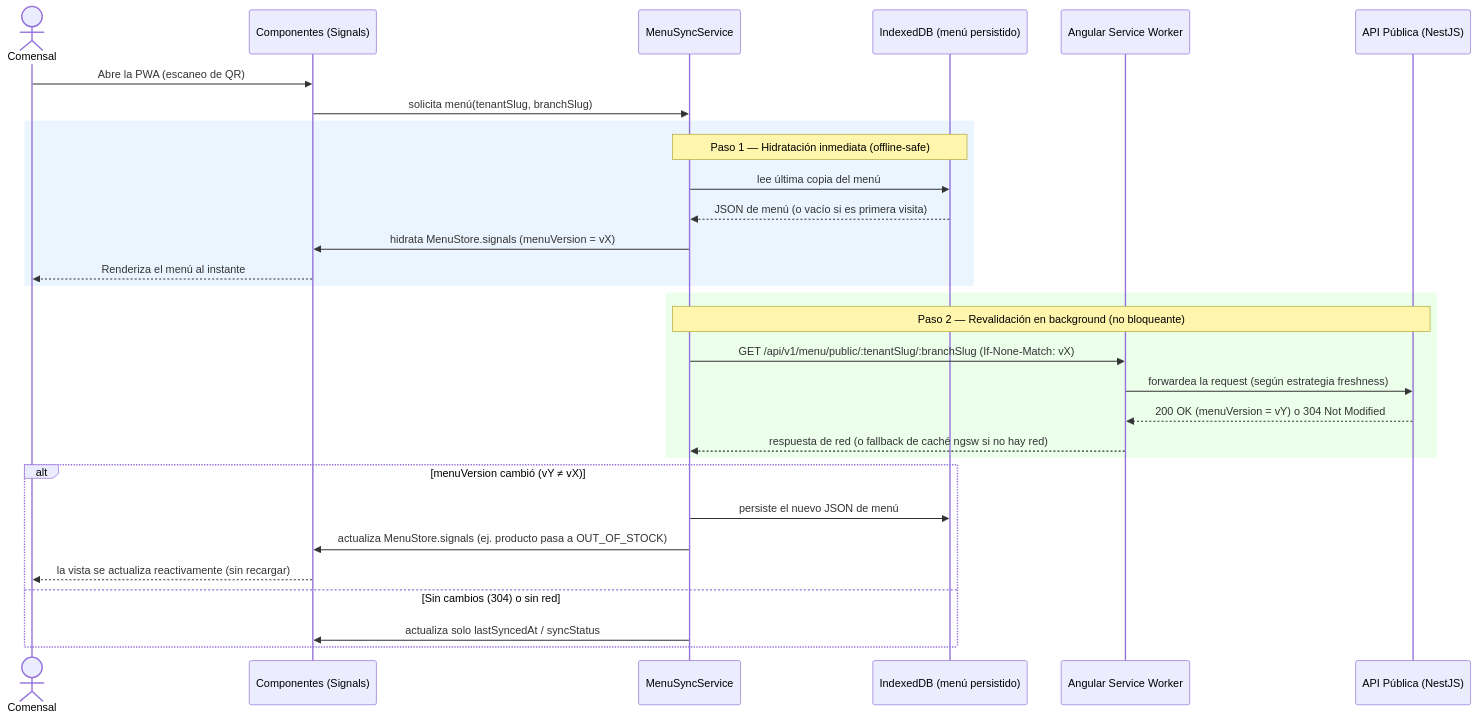
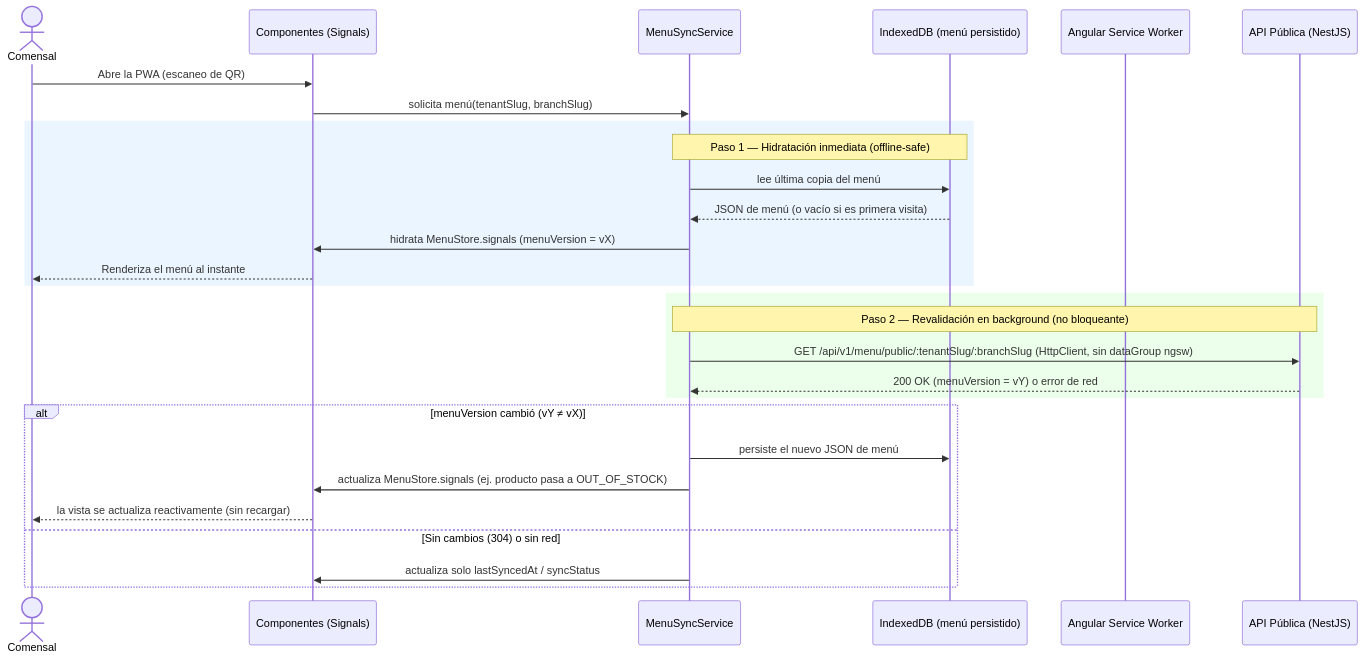
Before and after one commit to GastonGuinazu/ProyectoCarta: the second of 3 diagrams in docs/frontend-architecture.md, drawn with Mermaid. The commit also changed other lines of this file and 48 other files, not shown here.

First line of the commit message:
Ship serving windows, JFIF uploads, and public-menu hardening so the production carta can be redeployed.

````diff
--- a/docs/frontend-architecture.md
+++ b/docs/frontend-architecture.md
@@ -163,36 +163,34 @@
 ```mermaid
 sequenceDiagram
     actor Comensal
     participant UI as Componentes (Signals)
     participant Sync as MenuSyncService
     participant IDB as IndexedDB (menú persistido)
     participant SW as Angular Service Worker
     participant API as API Pública (NestJS)
 
     Comensal->>UI: Abre la PWA (escaneo de QR)
     UI->>Sync: solicita menú(tenantSlug, branchSlug)
 
     rect rgb(235, 245, 255)
     note over Sync,IDB: Paso 1 — Hidratación inmediata (offline-safe)
     Sync->>IDB: lee última copia del menú
     IDB-->>Sync: JSON de menú (o vacío si es primera visita)
     Sync->>UI: hidrata MenuStore.signals (menuVersion = vX)
     UI-->>Comensal: Renderiza el menú al instante
     end
 
     rect rgb(235, 255, 235)
     note over Sync,API: Paso 2 — Revalidación en background (no bloqueante)
-    Sync->>SW: GET /api/v1/menu/public/:tenantSlug/:branchSlug (If-None-Match: vX)
-    SW->>API: forwardea la request (según estrategia freshness)
-    API-->>SW: 200 OK (menuVersion = vY) o 304 Not Modified
-    SW-->>Sync: respuesta de red (o fallback de caché ngsw si no hay red)
+    Sync->>API: GET /api/v1/menu/public/:tenantSlug/:branchSlug (HttpClient, sin dataGroup ngsw)
+    API-->>Sync: 200 OK (menuVersion = vY) o error de red
     end
 
     alt menuVersion cambió (vY ≠ vX)
         Sync->>IDB: persiste el nuevo JSON de menú
         Sync->>UI: actualiza MenuStore.signals (ej. producto pasa a OUT_OF_STOCK)
         UI-->>Comensal: la vista se actualiza reactivamente (sin recargar)
     else Sin cambios (304) o sin red
         Sync->>UI: actualiza solo lastSyncedAt / syncStatus
     end
 ```
````
